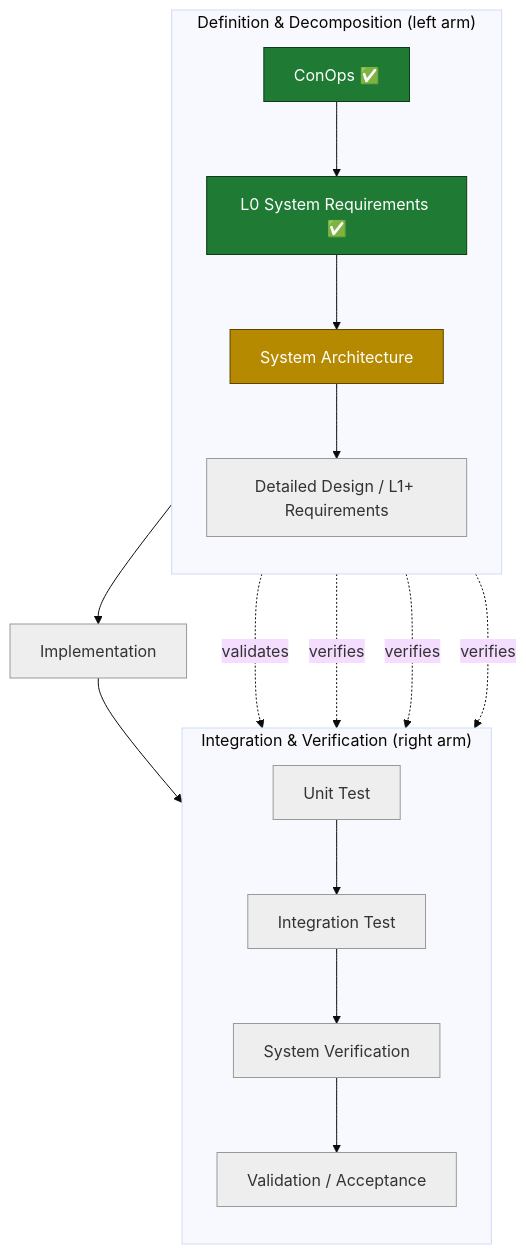
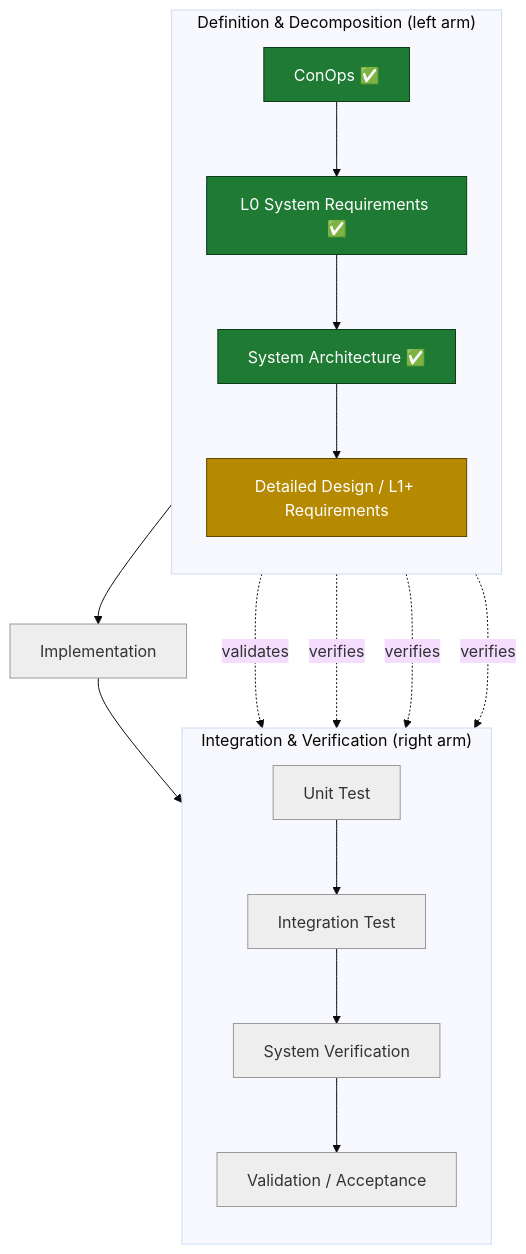
The diagram in docs/v2/se_v_model.md (mattbdotson/LLM-UAV-Mission-Computer), drawn with Mermaid (base theme) before and after one commit. The commit also changed other lines of this file and 3 other files, not shown here.

First line of the commit message:
Add V2.0 system architecture (Sentinel-Spine) and L0 allocation

````diff
--- a/docs/v2/se_v_model.md
+++ b/docs/v2/se_v_model.md
@@ -8,31 +8,31 @@
 ```mermaid
 flowchart TB
     subgraph LEFT["Definition &amp; Decomposition (left arm)"]
         direction TB
         A["ConOps ✅"]:::done
         B["L0 System Requirements ✅"]:::done
-        C["System Architecture"]:::next
-        D["Detailed Design / L1+ Requirements"]:::todo
+        C["System Architecture ✅"]:::done
+        D["Detailed Design / L1+ Requirements"]:::next
     end
 
     E["Implementation"]:::todo
 
     subgraph RIGHT["Integration &amp; Verification (right arm)"]
         direction TB
         I["Validation / Acceptance"]:::todo
         H["System Verification"]:::todo
         G["Integration Test"]:::todo
         F["Unit Test"]:::todo
     end
 
     A --> B --> C --> D --> E --> F --> G --> H --> I
 
     A -.->|"validates"| I
     B -.->|"verifies"| H
     C -.->|"verifies"| G
     D -.->|"verifies"| F
 
     classDef done fill:#1f7a33,color:#ffffff,stroke:#0d3d18;
     classDef next fill:#b58900,color:#ffffff,stroke:#5c4500;
     classDef todo fill:#eeeeee,color:#333333,stroke:#999999;
 ```
````
